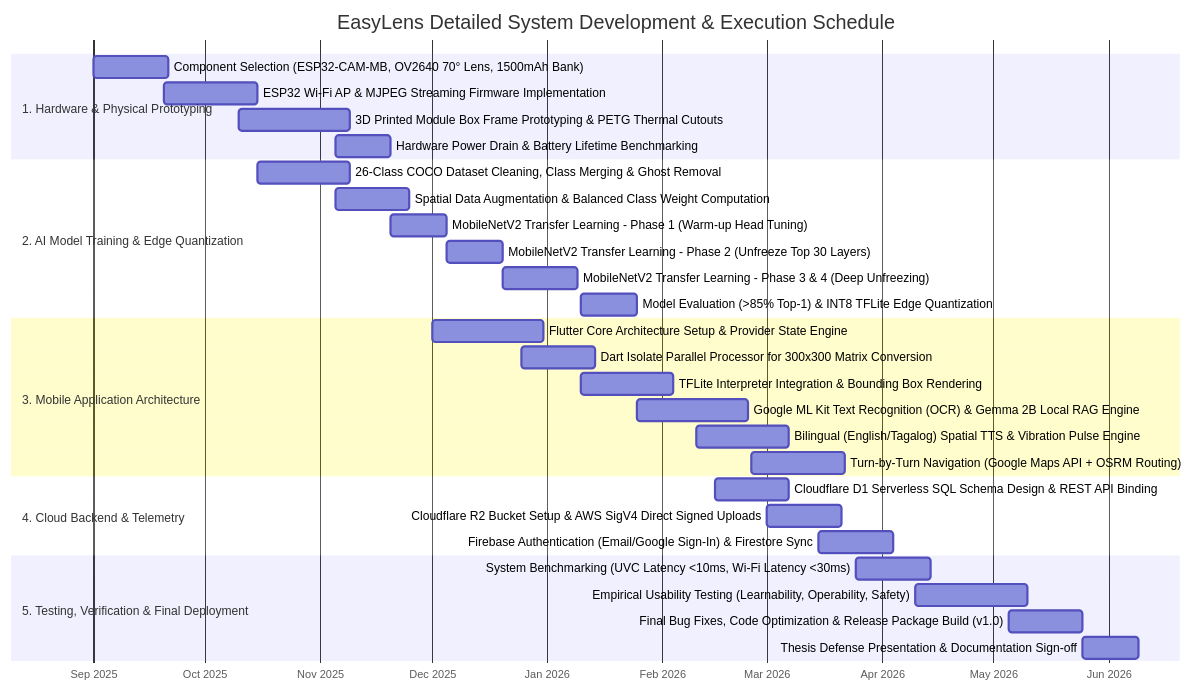
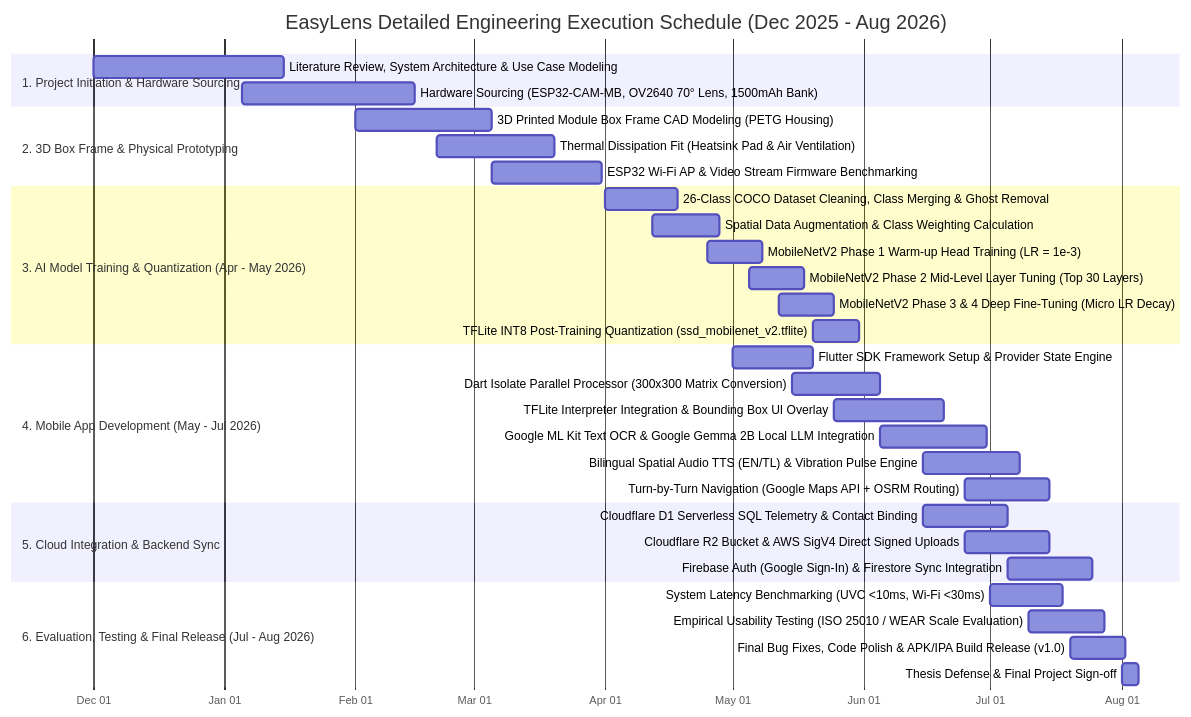
The second of 2 diagrams in docs/dfd/GANTT_CHART.md (Thes-IS-IT/Easylens), drawn with Mermaid before and after one commit. The commit also changed other lines of this file, not shown here.

Commit message:
docs: update Gantt chart timeline from Dec 1 2025 to Aug 5 2026 with exact training (Apr-May) and app dev (May-Jul) milestones

````diff
--- a/docs/dfd/GANTT_CHART.md
+++ b/docs/dfd/GANTT_CHART.md
@@ -42,39 +50,42 @@
 ```mermaid
 gantt
-    title EasyLens Detailed System Development & Execution Schedule
+    title EasyLens Detailed Engineering Execution Schedule (Dec 2025 - Aug 2026)
     dateFormat  YYYY-MM-DD
-    axisFormat  %b %Y
+    axisFormat  %b %d
 
-    section 1. Hardware & Physical Prototyping
-    Component Selection (ESP32-CAM-MB, OV2640 70° Lens, 1500mAh Bank) :a1, 2025-09-01, 20d
-    ESP32 Wi-Fi AP & MJPEG Streaming Firmware Implementation         :a2, 2025-09-20, 25d
-    3D Printed Module Box Frame Prototyping & PETG Thermal Cutouts    :a3, 2025-10-10, 30d
-    Hardware Power Drain & Battery Lifetime Benchmarking             :a4, 2025-11-05, 15d
+    section 1. Project Initiation & Hardware Sourcing
+    Literature Review, System Architecture & Use Case Modeling :a1, 2025-12-01, 2026-01-15
+    Hardware Sourcing (ESP32-CAM-MB, OV2640 70° Lens, 1500mAh Bank):a2, 2026-01-05, 2026-02-15
 
-    section 2. AI Model Training & Edge Quantization
-    26-Class COCO Dataset Cleaning, Class Merging & Ghost Removal    :b1, 2025-10-15, 25d
-    Spatial Data Augmentation & Balanced Class Weight Computation    :b2, 2025-11-05, 20d
-    MobileNetV2 Transfer Learning - Phase 1 (Warm-up Head Tuning)    :b3, 2025-11-20, 15d
-    MobileNetV2 Transfer Learning - Phase 2 (Unfreeze Top 30 Layers):b4, 2025-12-05, 15d
-    MobileNetV2 Transfer Learning - Phase 3 & 4 (Deep Unfreezing)   :b5, 2025-12-20, 20d
-    Model Evaluation (>85% Top-1) & INT8 TFLite Edge Quantization    :b6, 2026-01-10, 15d
+    section 2. 3D Box Frame & Physical Prototyping
+    3D Printed Module Box Frame CAD Modeling (PETG Housing)    :b1, 2026-02-01, 2026-03-05
+    Thermal Dissipation Fit (Heatsink Pad & Air Ventilation)   :b2, 2026-02-20, 2026-03-20
+    ESP32 Wi-Fi AP & Video Stream Firmware Benchmarking        :b3, 2026-03-05, 2026-03-31
 
-    section 3. Mobile Application Architecture
-    Flutter Core Architecture Setup & Provider State Engine          :c1, 2025-12-01, 30d
-    Dart Isolate Parallel Processor for 300x300 Matrix Conversion    :c2, 2025-12-25, 20d
-    TFLite Interpreter Integration & Bounding Box Rendering          :c3, 2026-01-10, 25d
-    Google ML Kit Text Recognition (OCR) & Gemma 2B Local RAG Engine  :c4, 2026-01-25, 30d
-    Bilingual (English/Tagalog) Spatial TTS & Vibration Pulse Engine  :c5, 2026-02-10, 25d
-    Turn-by-Turn Navigation (Google Maps API + OSRM Routing)         :c6, 2026-02-25, 25d
+    section 3. AI Model Training & Quantization (Apr - May 2026)
+    26-Class COCO Dataset Cleaning, Class Merging & Ghost Removal:c1, 2026-04-01, 2026-04-18
+    Spatial Data Augmentation & Class Weighting Calculation      :c2, 2026-04-12, 2026-04-28
+    MobileNetV2 Phase 1 Warm-up Head Training (LR = 1e-3)        :c3, 2026-04-25, 2026-05-08
+    MobileNetV2 Phase 2 Mid-Level Layer Tuning (Top 30 Layers)  :c4, 2026-05-05, 2026-05-18
+    MobileNetV2 Phase 3 & 4 Deep Fine-Tuning (Micro LR Decay)    :c5, 2026-05-12, 2026-05-25
+    TFLite INT8 Post-Training Quantization (ssd_mobilenet_v2.tflite):c6, 2026-05-20, 2026-05-31
 
-    section 4. Cloud Backend & Telemetry
-    Cloudflare D1 Serverless SQL Schema Design & REST API Binding    :d1, 2026-02-15, 20d
-    Cloudflare R2 Bucket Setup & AWS SigV4 Direct Signed Uploads      :d2, 2026-03-01, 20d
-    Firebase Authentication (Email/Google Sign-In) & Firestore Sync   :d3, 2026-03-15, 20d
+    section 4. Mobile App Development (May - Jul 2026)
+    Flutter SDK Framework Setup & Provider State Engine         :d1, 2026-05-01, 2026-05-20
+    Dart Isolate Parallel Processor (300x300 Matrix Conversion) :d2, 2026-05-15, 2026-06-05
+    TFLite Interpreter Integration & Bounding Box UI Overlay    :d3, 2026-05-25, 2026-06-20
+    Google ML Kit Text OCR & Google Gemma 2B Local LLM Integration:d4, 2026-06-05, 2026-06-30
+    Bilingual Spatial Audio TTS (EN/TL) & Vibration Pulse Engine:d5, 2026-06-15, 2026-07-08
+    Turn-by-Turn Navigation (Google Maps API + OSRM Routing)    :d6, 2026-06-25, 2026-07-15
 
-    section 5. Testing, Verification & Final Deployment
-    System Benchmarking (UVC Latency <10ms, Wi-Fi Latency <30ms)      :e1, 2026-03-25, 20d
-    Empirical Usability Testing (Learnability, Operability, Safety)   :e2, 2026-04-10, 30d
-    Final Bug Fixes, Code Optimization & Release Package Build (v1.0) :e3, 2026-05-05, 20d
-    Thesis Defense Presentation & Documentation Sign-off              :e4, 2026-05-25, 15d
+    section 5. Cloud Integration & Backend Sync
+    Cloudflare D1 Serverless SQL Telemetry & Contact Binding    :e1, 2026-06-15, 2026-07-05
+    Cloudflare R2 Bucket & AWS SigV4 Direct Signed Uploads      :e2, 2026-06-25, 2026-07-15
+    Firebase Auth (Google Sign-In) & Firestore Sync Integration  :e3, 2026-07-05, 2026-07-25
+
+    section 6. Evaluation, Testing & Final Release (Jul - Aug 2026)
+    System Latency Benchmarking (UVC <10ms, Wi-Fi <30ms)         :f1, 2026-07-01, 2026-07-18
+    Empirical Usability Testing (ISO 25010 / WEAR Scale Evaluation):f2, 2026-07-10, 2026-07-28
+    Final Bug Fixes, Code Polish & APK/IPA Build Release (v1.0) :f3, 2026-07-20, 2026-08-02
+    Thesis Defense & Final Project Sign-off                      :f4, 2026-08-01, 2026-08-05
 ```
````
